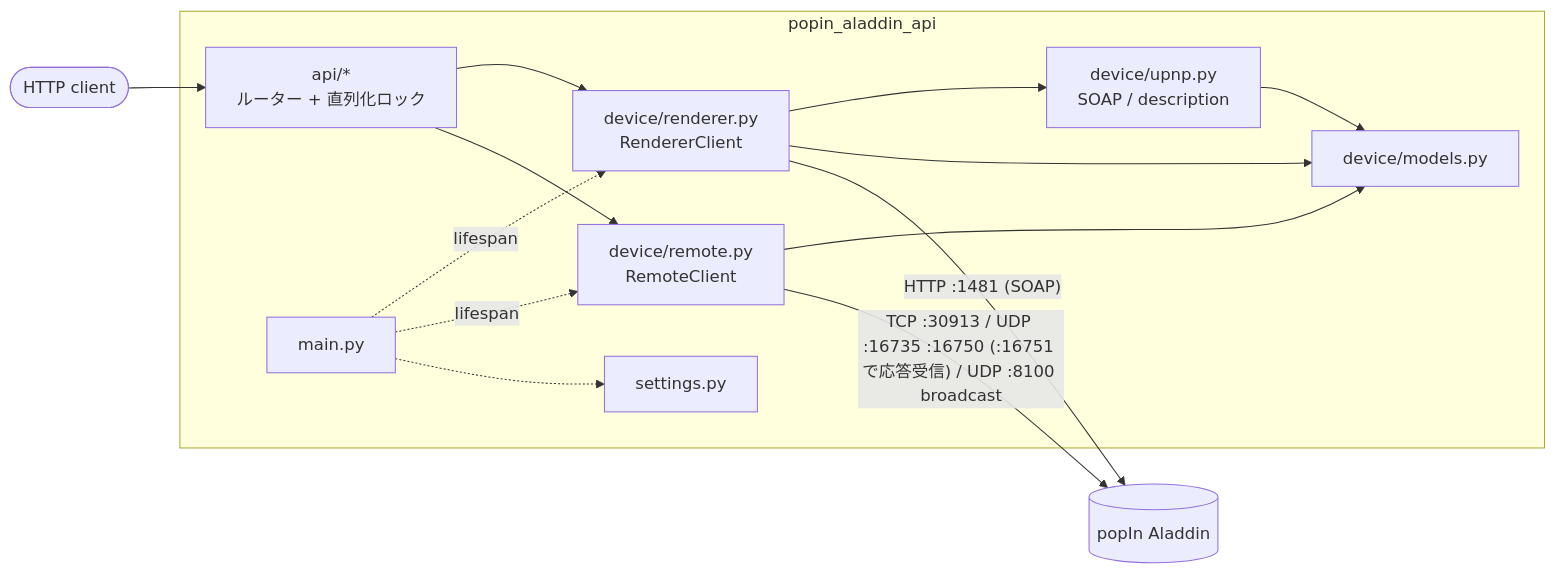
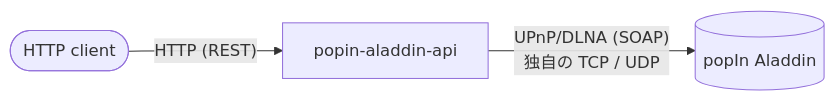
Before and after one commit to msageha/popin-aladdin-api: the diagram in README.md, drawn with Mermaid. The commit also changed other lines of this file and 31 other files, not shown here.

````diff
--- a/README.md
+++ b/README.md
@@ -455,16 +8,5 @@
 ```mermaid
 flowchart LR
-    client([HTTP client]) --> api
-
-    subgraph app [popin_aladdin_api]
-        api[api/*<br/>ルーター + 直列化ロック] --> renderer[device/renderer.py<br/>RendererClient]
-        api --> remote[device/remote.py<br/>RemoteClient]
-        renderer --> upnp[device/upnp.py<br/>SOAP / description]
-        renderer & remote & upnp --> models[device/models.py]
-        main[main.py] -. lifespan .-> renderer & remote
-        main -.-> settings[settings.py]
-    end
-
-    renderer -- "HTTP :1481 (SOAP)" --> dev[(popIn Aladdin)]
-    remote -- "TCP :30913 / UDP :16735 :16750 (:16751 で応答受信) / UDP :8100 broadcast" --> dev
+    client([HTTP client]) -- "HTTP (REST)" --> api[popin-aladdin-api]
+    api -- "UPnP/DLNA (SOAP)<br/>独自の TCP / UDP" --> dev[(popIn Aladdin)]
 ```
````
